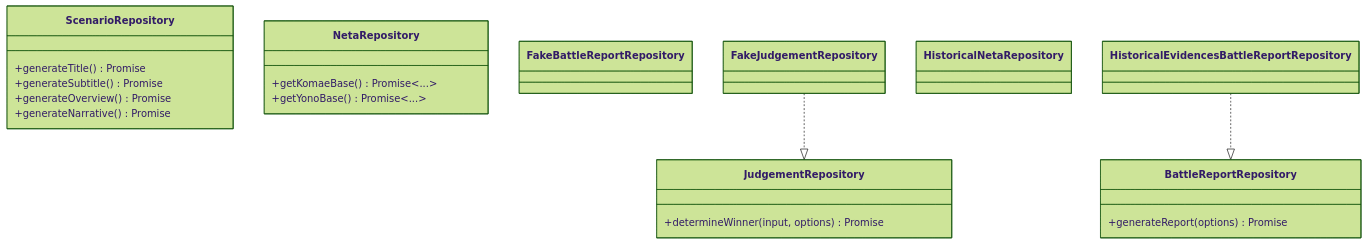
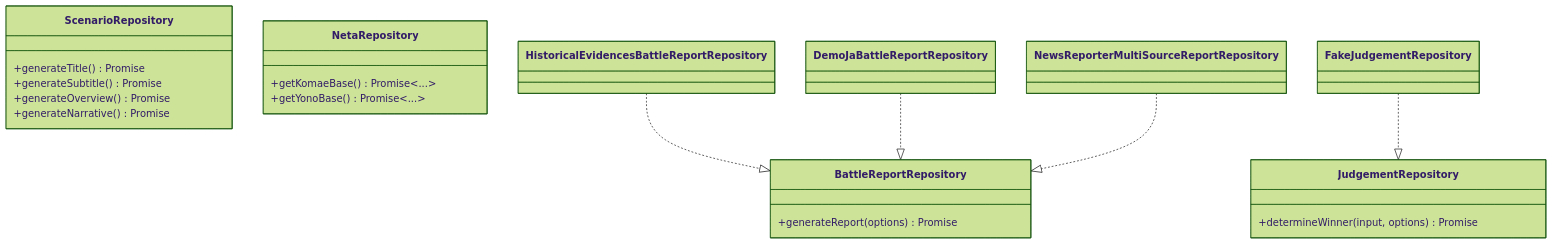
Before and after one commit to F88/yonokomae: the second of 2 diagrams in docs/DEVELOPMENT_JA.md, drawn with Mermaid (forest theme). The commit also changed other lines of this file and 5 other files, not shown here.

Commit message:
refactor: update documentation and repository structure for historical evidence and play modes

````diff
--- a/docs/DEVELOPMENT_JA.md
+++ b/docs/DEVELOPMENT_JA.md
@@ -149,26 +149,29 @@
 ```mermaid
 classDiagram
   class BattleReportRepository {
     +generateReport(options) Promise<Battle>
   }
   class JudgementRepository {
     +determineWinner(input, options) Promise<Verdict>
   }
   class ScenarioRepository {
     +generateTitle() Promise<string>
     +generateSubtitle() Promise<string>
     +generateOverview() Promise<string>
     +generateNarrative() Promise<string>
   }
   class NetaRepository {
     +getKomaeBase() Promise<...>
     +getYonoBase() Promise<...>
   }
-  class FakeBattleReportRepository
+  class HistoricalEvidencesBattleReportRepository
   class FakeJudgementRepository
-  class HistoricalNetaRepository
+  class DemoJaBattleReportRepository
+  class NewsReporterMultiSourceReportRepository
 
-    HistoricalEvidencesBattleReportRepository ..|> BattleReportRepository
+  HistoricalEvidencesBattleReportRepository ..|> BattleReportRepository
+  DemoJaBattleReportRepository ..|> BattleReportRepository
+  NewsReporterMultiSourceReportRepository ..|> BattleReportRepository
   FakeJudgementRepository ..|> JudgementRepository
-    %% NetaRepository は現在、random-data seeds をヘルパ関数経由で供給
+  %% NetaRepository は現在、random-data seeds をヘルパ関数経由で供給
 ```
````
